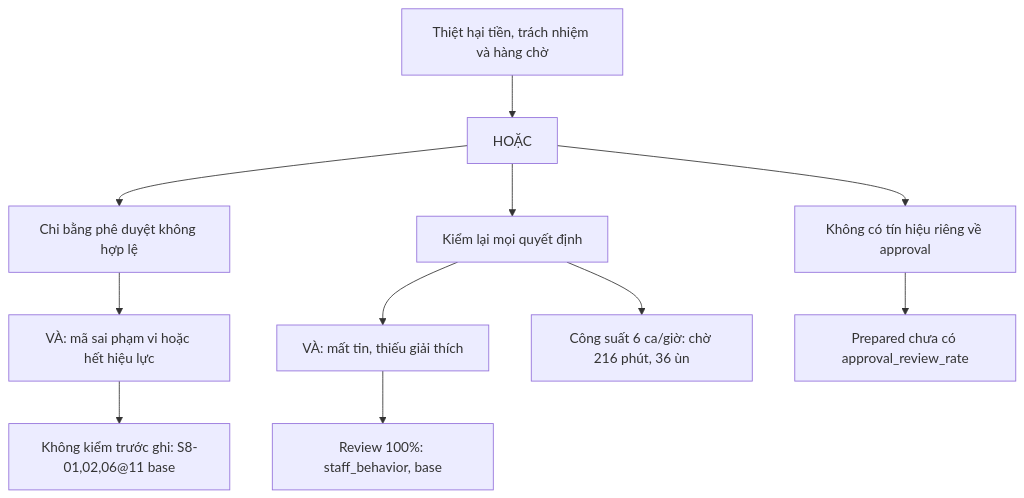
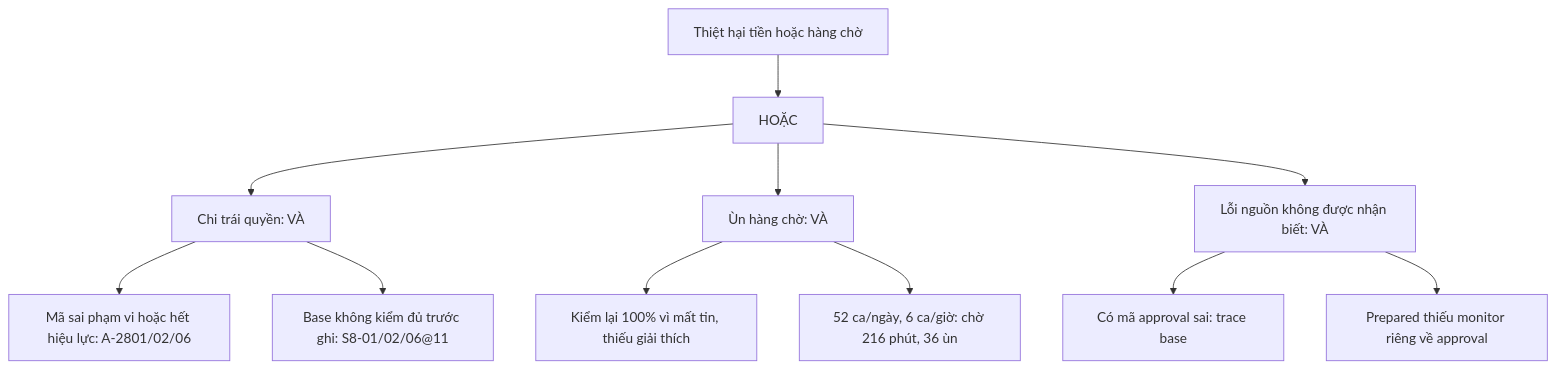
One commit to dnphuc04/K5-L3A-DAY10-Nhom5Nguoi-PoCtoPilotGate1 changed the first of 2 diagrams in templates/form-c-incident.md. Above: the diagram before and after it, drawn with Mermaid. The commit also changed other lines of this file and 7 other files, not shown here.

````diff
--- a/templates/form-c-incident.md
+++ b/templates/form-c-incident.md
@@ -171,13 +172,13 @@
 ```mermaid
 flowchart TD
- T["Thiệt hại tiền, trách nhiệm và hàng chờ"] --> O["HOẶC"]
- O --> A["Chi bằng phê duyệt không hợp lệ"]
- O --> B["Kiểm lại mọi quyết định"]
- A --> AA["VÀ: mã sai phạm vi hoặc hết hiệu lực"]
- AA --> AB["Không kiểm trước ghi: S8-01,02,06@11 base"]
- B --> BA["VÀ: mất tin, thiếu giải thích"]
- BA --> BB["Review 100%: staff_behavior, base"]
- B --> BC["Công suất 6 ca/giờ: chờ 216 phút, 36 ùn"]
- O --> C["Không có tín hiệu riêng về approval"]
- C --> CA["Prepared chưa có approval_review_rate"]
+ T["Thiệt hại tiền hoặc hàng chờ"] --> O["HOẶC"]
+ O --> A["Chi trái quyền: VÀ"]
+ A --> A1["Mã sai phạm vi hoặc hết hiệu lực: A-2801/02/06"]
+ A --> A2["Base không kiểm đủ trước ghi: S8-01/02/06@11"]
+ O --> B["Ùn hàng chờ: VÀ"]
+ B --> B1["Kiểm lại 100% vì mất tin, thiếu giải thích"]
+ B --> B2["52 ca/ngày, 6 ca/giờ: chờ 216 phút, 36 ùn"]
+ O --> C["Lỗi nguồn không được nhận biết: VÀ"]
+ C --> C1["Có mã approval sai: trace base"]
+ C --> C2["Prepared thiếu monitor riêng về approval"]
 ```
````
